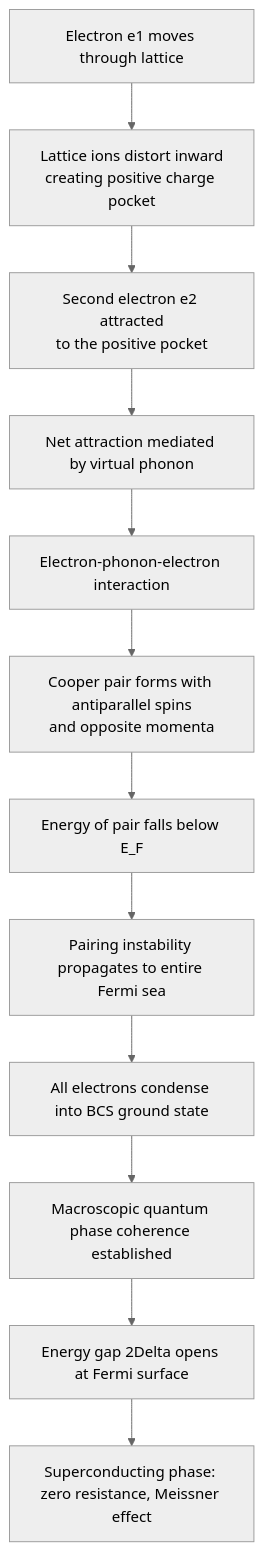
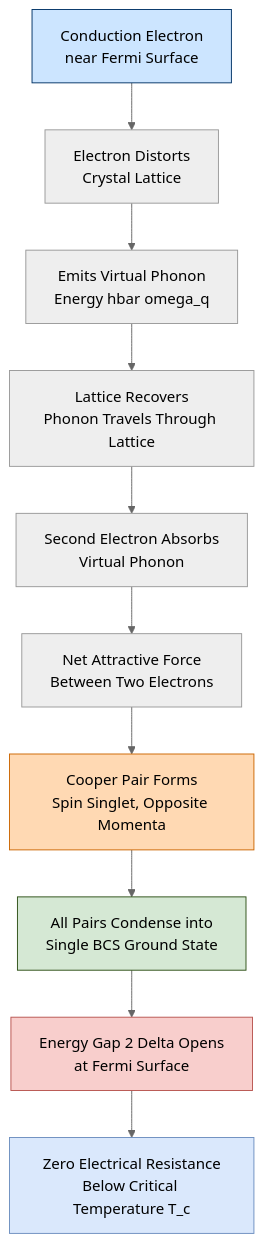
The first of 4 diagrams in public/notes/computer-science-and-engineering/semester-1/gapht121-physics-for-information-science/01-module-1-electrical-conductivity/bcs-theory/notes.md (vishnuu-kr/ktunode), drawn with Mermaid (neutral theme) before and after one commit. The commit also changed other lines of this file and 4829 other files, not shown here.

````diff
--- a/public/notes/computer-science-and-engineering/semester-1/gapht121-physics-for-information-science/01-module-1-electrical-conductivity/bcs-theory/notes.md
+++ b/public/notes/computer-science-and-engineering/semester-1/gapht121-physics-for-information-science/01-module-1-electrical-conductivity/bcs-theory/notes.md
@@ -369,14 +343,18 @@
 ```mermaid
 flowchart TD
-    A[Electron e1 moves through lattice] --> B[Lattice ions distort inward<br/>creating positive charge pocket]
-    B --> C[Second electron e2 attracted<br/>to the positive pocket]
-    C --> D[Net attraction mediated by virtual phonon]
-    D --> E[Electron-phonon-electron interaction]
-    E --> F[Cooper pair forms with antiparallel spins<br/>and opposite momenta]
-    F --> G[Energy of pair falls below E_F]
-    G --> H[Pairing instability propagates to entire Fermi sea]
-    H --> I[All electrons condense into BCS ground state]
-    I --> J[Macroscopic quantum phase coherence established]
-    J --> K[Energy gap 2Delta opens at Fermi surface]
-    K --> L[Superconducting phase: zero resistance, Meissner effect]
+    A[Conduction Electron<br/>near Fermi Surface] --> B[Electron Distorts<br/>Crystal Lattice]
+    B --> C[Emits Virtual Phonon<br/>Energy hbar omega_q]
+    C --> D[Lattice Recovers<br/>Phonon Travels Through Lattice]
+    D --> E[Second Electron Absorbs<br/>Virtual Phonon]
+    E --> F[Net Attractive Force<br/>Between Two Electrons]
+    F --> G[Cooper Pair Forms<br/>Spin Singlet, Opposite Momenta]
+    G --> H[All Pairs Condense into<br/>Single BCS Ground State]
+    H --> I[Energy Gap 2 Delta Opens<br/>at Fermi Surface]
+    I --> J[Zero Electrical Resistance<br/>Below Critical Temperature T_c]
+
+    style A fill:#cce5ff,stroke:#003366
+    style G fill:#ffd9b3,stroke:#cc6600
+    style H fill:#d5e8d4,stroke:#2d5016
+    style I fill:#f8cecc,stroke:#b85450
+    style J fill:#dae8fc,stroke:#6c8ebf
 ```
````
